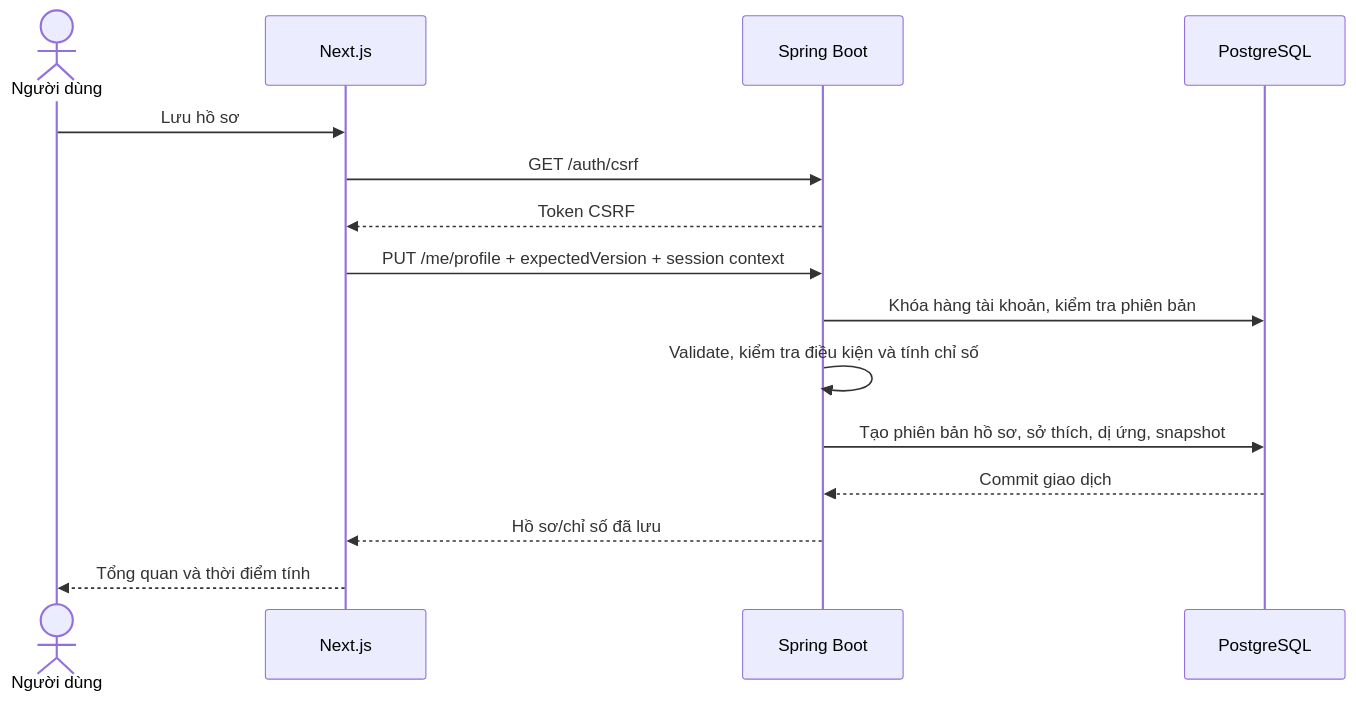
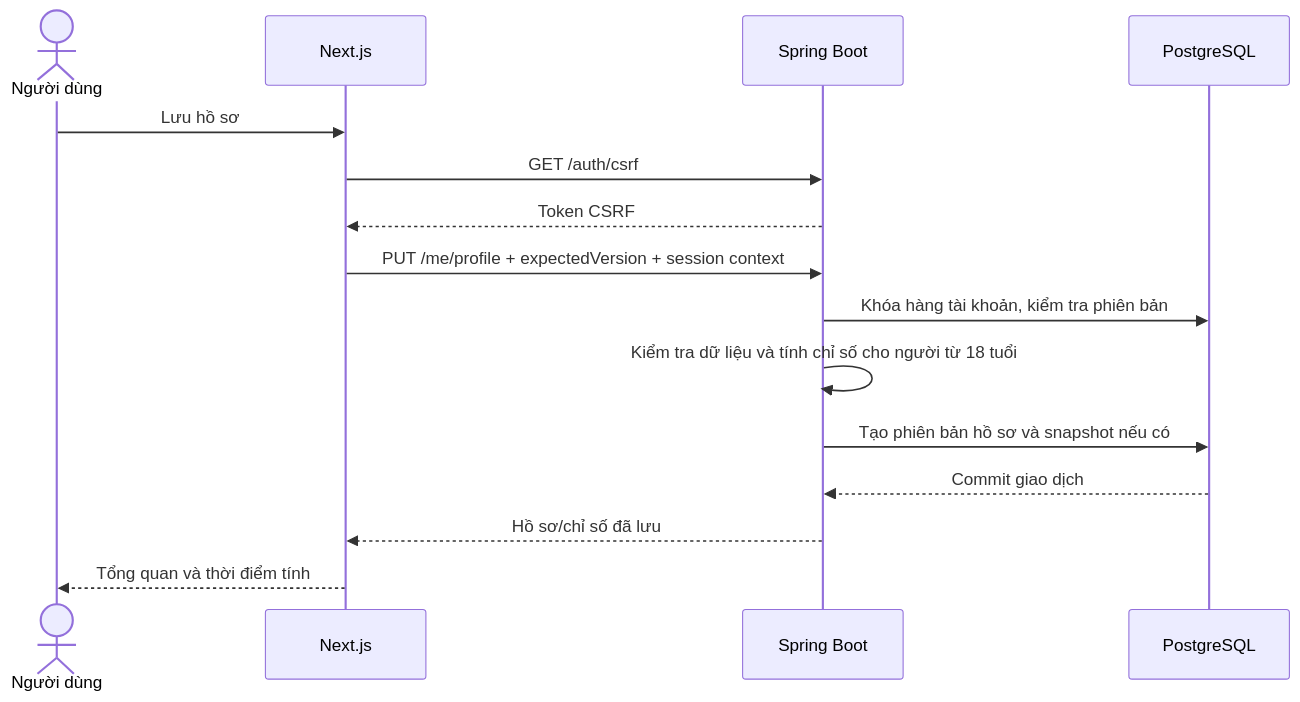
Before and after one commit to minhquan2955/Nutrition-Planner-with-chatbot: the second of 3 diagrams in docs/PHASE1.md, drawn with Mermaid. The commit also changed other lines of this file and 17 other files, not shown here.

````diff
--- a/docs/PHASE1.md
+++ b/docs/PHASE1.md
@@ -34,17 +34,17 @@
 ```mermaid
 sequenceDiagram
     actor U as Người dùng
     participant UI as Next.js
     participant API as Spring Boot
     participant DB as PostgreSQL
     U->>UI: Lưu hồ sơ
     UI->>API: GET /auth/csrf
     API-->>UI: Token CSRF
     UI->>API: PUT /me/profile + expectedVersion + session context
     API->>DB: Khóa hàng tài khoản, kiểm tra phiên bản
-    API->>API: Validate, kiểm tra điều kiện và tính chỉ số
-    API->>DB: Tạo phiên bản hồ sơ, sở thích, dị ứng, snapshot
+    API->>API: Kiểm tra dữ liệu và tính chỉ số cho người từ 18 tuổi
+    API->>DB: Tạo phiên bản hồ sơ và snapshot nếu có
     DB-->>API: Commit giao dịch
     API-->>UI: Hồ sơ/chỉ số đã lưu
     UI-->>U: Tổng quan và thời điểm tính
 ```
````
